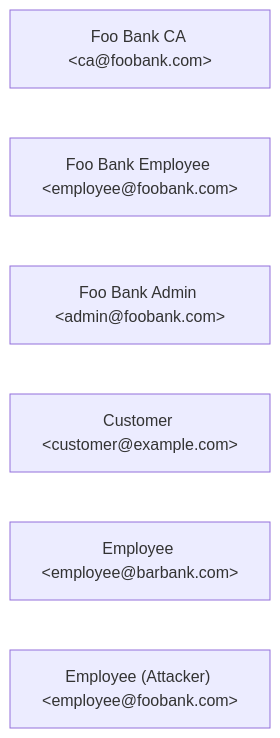
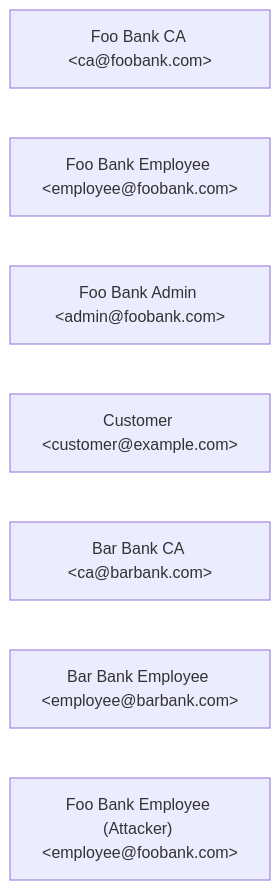
One commit to jcharaoui/pgpainless changed the first of 2 diagrams in wot-dijkstra/src/test/resources/test_vectors/README.md. Above: the diagram before and after it, drawn with Mermaid. The commit also changed other lines of this file, not shown here.

````diff
--- a/wot-dijkstra/src/test/resources/test_vectors/README.md
+++ b/wot-dijkstra/src/test/resources/test_vectors/README.md
@@ -11,10 +13,11 @@
 ```mermaid
 graph LR;
 a[Foo Bank CA &ltca&#64foobank.com&gt];
 b[Foo Bank Employee &ltemployee&#64foobank.com&gt];
 c[Foo Bank Admin &ltadmin&#64foobank.com&gt];
 
 d[Customer &ltcustomer&#64example.com&gt];
-e[Employee &ltemployee&#64barbank.com&gt];
-f[Employee &#40Attacker&#41 &ltemployee&#64foobank.com&gt];
+e[Bar Bank CA &ltca&#64barbank.com&gt];
+f[Bar Bank Employee &ltemployee&#64barbank.com&gt];
+g[Foo Bank Employee &#40Attacker&#41 &ltemployee&#64foobank.com&gt];
 ```
````
